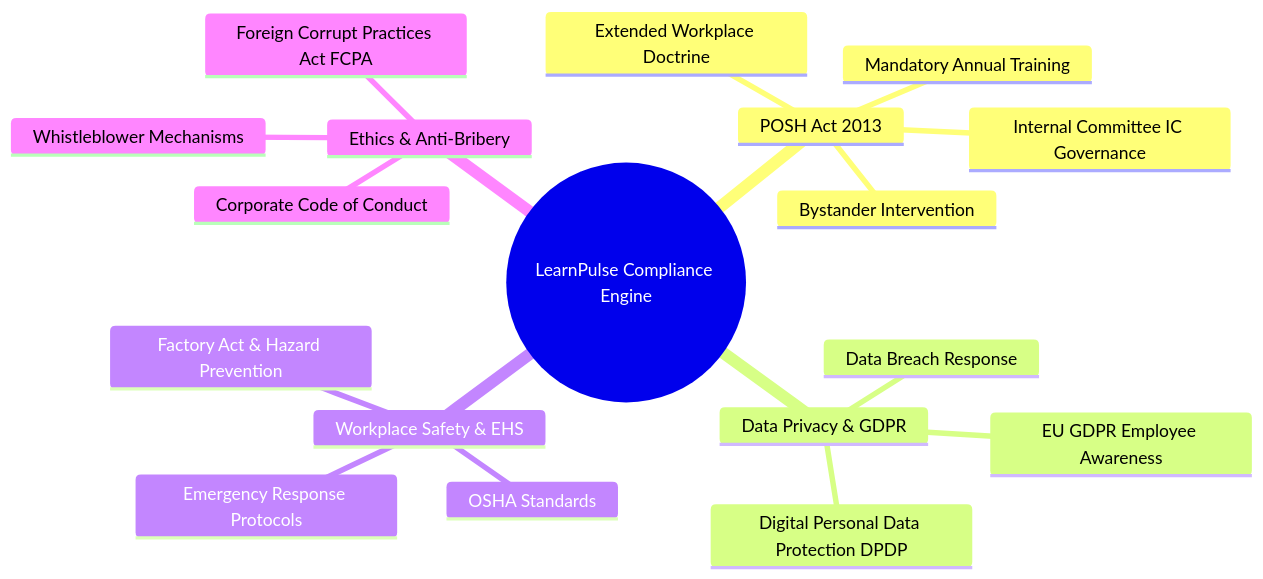
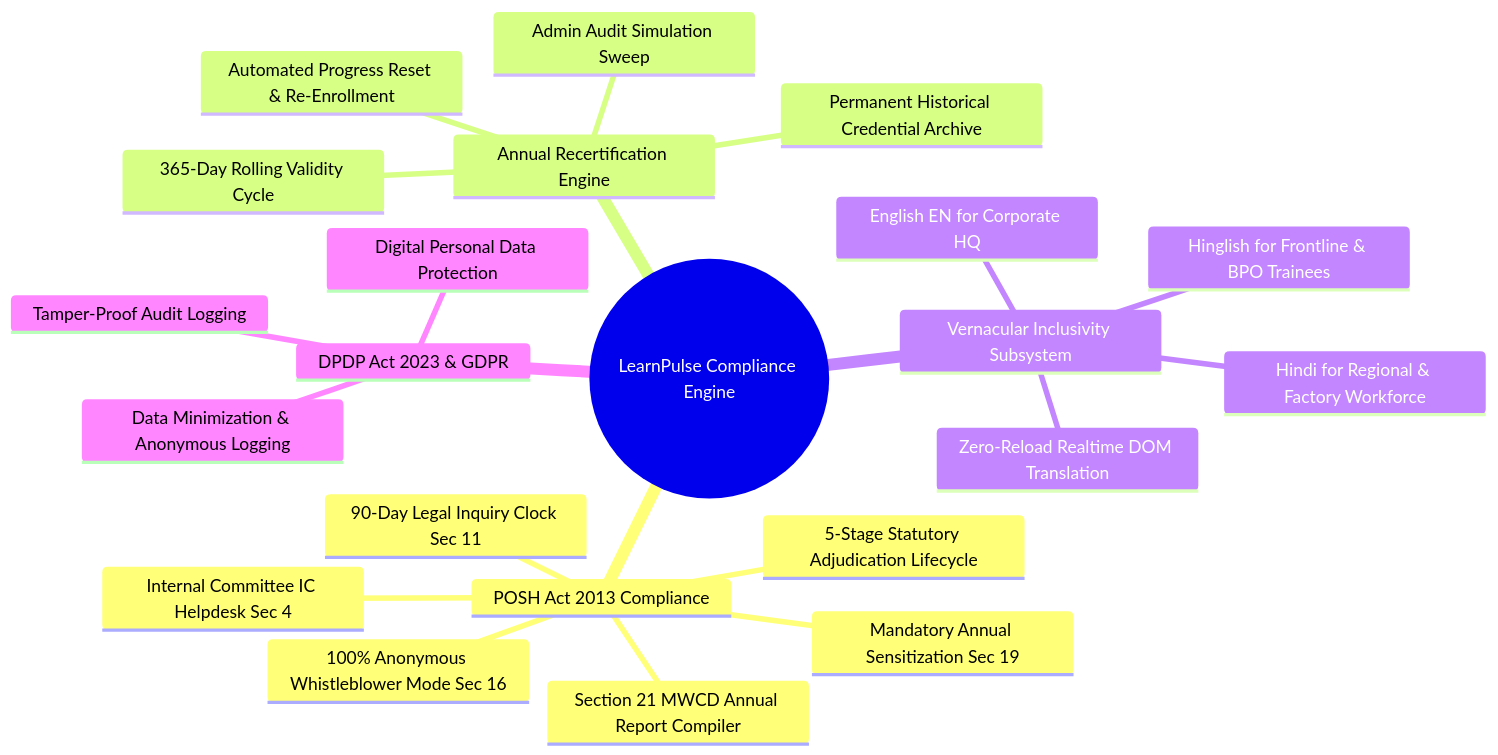
Before and after one commit to dev1worxpertise-blip/elearning: the first of 2 diagrams in docs/3_BUSINESS_AND_COMPLIANCE_DOCUMENT.md, drawn with Mermaid. The commit also changed other lines of this file and 4 other files, not shown here.

Commit message:
docs: comprehensive update of technical, VAPT, operational, compliance, and architecture documentation for all enterprise features

````diff
--- a/docs/3_BUSINESS_AND_COMPLIANCE_DOCUMENT.md
+++ b/docs/3_BUSINESS_AND_COMPLIANCE_DOCUMENT.md
@@ -24,21 +26,25 @@
 ```mermaid
 mindmap
   root((LearnPulse Compliance Engine))
-    POSH Act 2013
-      Mandatory Annual Training
-      Internal Committee IC Governance
-      Bystander Intervention
-      Extended Workplace Doctrine
-    Data Privacy & GDPR
-      Digital Personal Data Protection DPDP
-      EU GDPR Employee Awareness
-      Data Breach Response
-    Workplace Safety & EHS
-      OSHA Standards
-      Factory Act & Hazard Prevention
-      Emergency Response Protocols
-    Ethics & Anti-Bribery
-      Foreign Corrupt Practices Act FCPA
-      Corporate Code of Conduct
-      Whistleblower Mechanisms
+    POSH Act 2013 Compliance
+      Mandatory Annual Sensitization Sec 19
+      Internal Committee IC Helpdesk Sec 4
+      100% Anonymous Whistleblower Mode Sec 16
+      5-Stage Statutory Adjudication Lifecycle
+      90-Day Legal Inquiry Clock Sec 11
+      Section 21 MWCD Annual Report Compiler
+    Annual Recertification Engine
+      365-Day Rolling Validity Cycle
+      Automated Progress Reset & Re-Enrollment
+      Permanent Historical Credential Archive
+      Admin Audit Simulation Sweep
+    Vernacular Inclusivity Subsystem
+      English EN for Corporate HQ
+      Hindi for Regional & Factory Workforce
+      Hinglish for Frontline & BPO Trainees
+      Zero-Reload Realtime DOM Translation
+    DPDP Act 2023 & GDPR
+      Digital Personal Data Protection
+      Data Minimization & Anonymous Logging
+      Tamper-Proof Audit Logging
 ```
````
